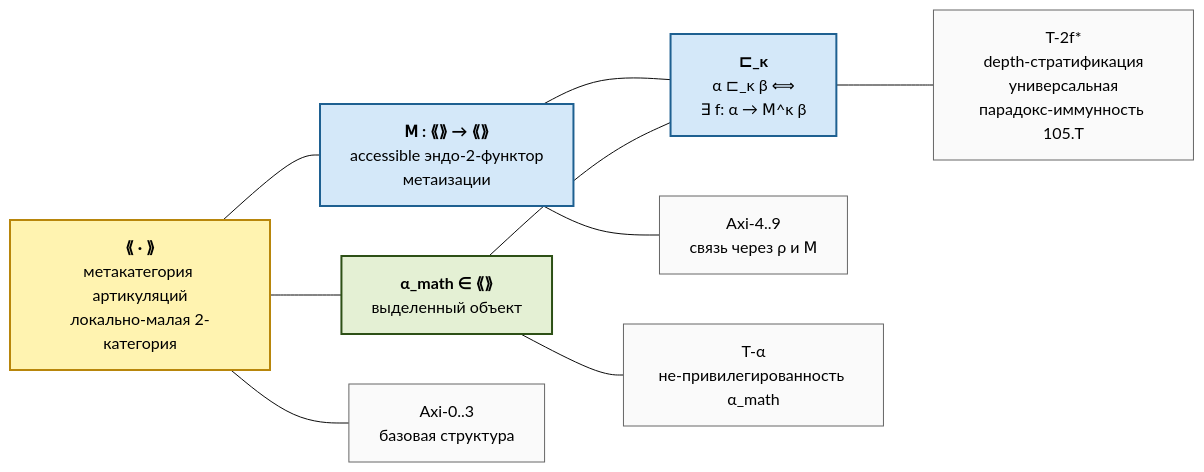
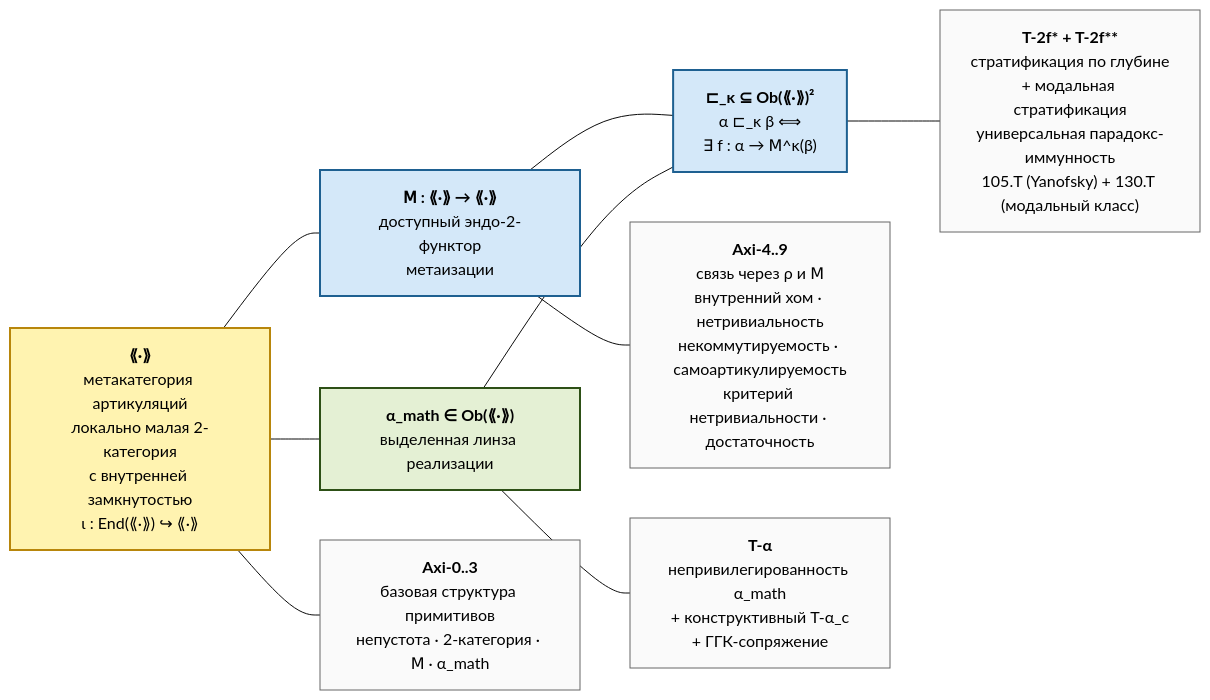
Before and after one commit to gst-st/diakrisis: the third of 7 diagrams in docs/intro.md, drawn with Mermaid (base theme). The commit also changed other lines of this file, not shown here.

First line of the commit message:
diakrisis: глубокая переработка диаграмм и пояснений в intro.md

````diff
--- a/docs/intro.md
+++ b/docs/intro.md
@@ -98,27 +154,27 @@
 ```mermaid
 flowchart LR
     classDef cat fill:#fff3b0,stroke:#b8860b,stroke-width:2px,color:#000
     classDef op fill:#d4e8f9,stroke:#1e6091,stroke-width:2px,color:#000
     classDef obj fill:#e4f0d4,stroke:#2d5016,stroke-width:2px,color:#000
     classDef axi fill:#fafafa,stroke:#666,color:#000
 
-    CAT["<b>⟪ · ⟫</b><br/>метакатегория артикуляций<br/>локально-малая 2-категория"]:::cat
-    M["<b>𝖬 : ⟪⟫ → ⟪⟫</b><br/>accessible эндо-2-функтор<br/>метаизации"]:::op
-    ALPHA["<b>α_math ∈ ⟪⟫</b><br/>выделенный объект"]:::obj
-    DOM["<b>⊏_κ</b><br/>α ⊏_κ β ⟺<br/>∃ f: α → 𝖬^κ β"]:::op
+    CAT["<b>⟪·⟫</b><br/>метакатегория артикуляций<br/>локально малая 2-категория<br/>с внутренней замкнутостью<br/>ι : End(⟪·⟫) ↪ ⟪·⟫"]:::cat
+    M["<b>𝖬 : ⟪·⟫ → ⟪·⟫</b><br/>доступный эндо-2-функтор<br/>метаизации"]:::op
+    ALPHA["<b>α_math ∈ Ob(⟪·⟫)</b><br/>выделенная линза реализации"]:::obj
+    DOM["<b>⊏_κ ⊆ Ob(⟪·⟫)²</b><br/>α ⊏_κ β ⟺<br/>∃ f : α → 𝖬^κ(β)"]:::op
 
-    AXI0["Axi-0..3<br/>базовая структура"]:::axi
-    AXI4["Axi-4..9<br/>связь через ρ и 𝖬"]:::axi
-    TALPHA["T-α<br/>не-привилегированность α_math"]:::axi
-    T2F["T-2f*<br/>depth-стратификация<br/>универсальная<br/>парадокс-иммунность 105.T"]:::axi
+    AXI0["<b>Axi-0..3</b><br/>базовая структура примитивов<br/>непустота · 2-категория · 𝖬 · α_math"]:::axi
+    AXI4["<b>Axi-4..9</b><br/>связь через ρ и 𝖬<br/>внутренний хом · нетривиальность<br/>некоммутируемость · самоартикулируемость<br/>критерий нетривиальности · достаточность"]:::axi
+    TALPHA["<b>T-α</b><br/>непривилегированность α_math<br/>+ конструктивный T-α_c<br/>+ ГГК-сопряжение"]:::axi
+    T2F["<b>T-2f* + T-2f**</b><br/>стратификация по глубине<br/>+ модальная стратификация<br/>универсальная парадокс-иммунность<br/>105.T (Yanofsky) + 130.T (модальный класс)"]:::axi
 
     CAT --- M
     CAT --- ALPHA
     M --- DOM
     ALPHA --- DOM
 
     CAT --- AXI0
     M --- AXI4
     ALPHA --- TALPHA
     DOM --- T2F
 ```
````
